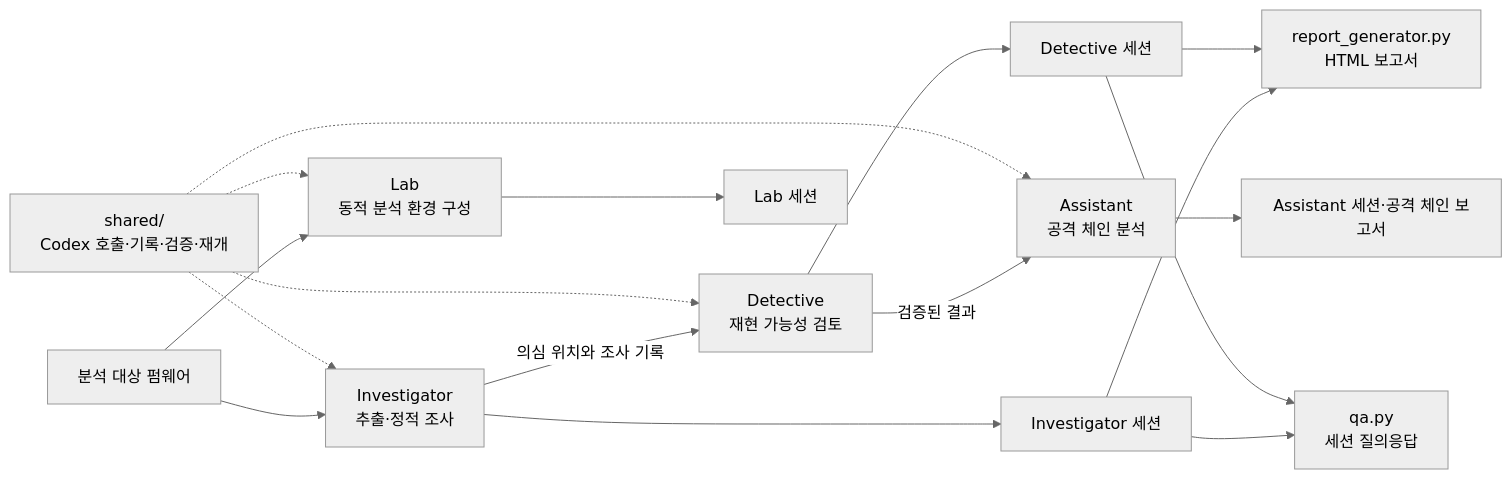
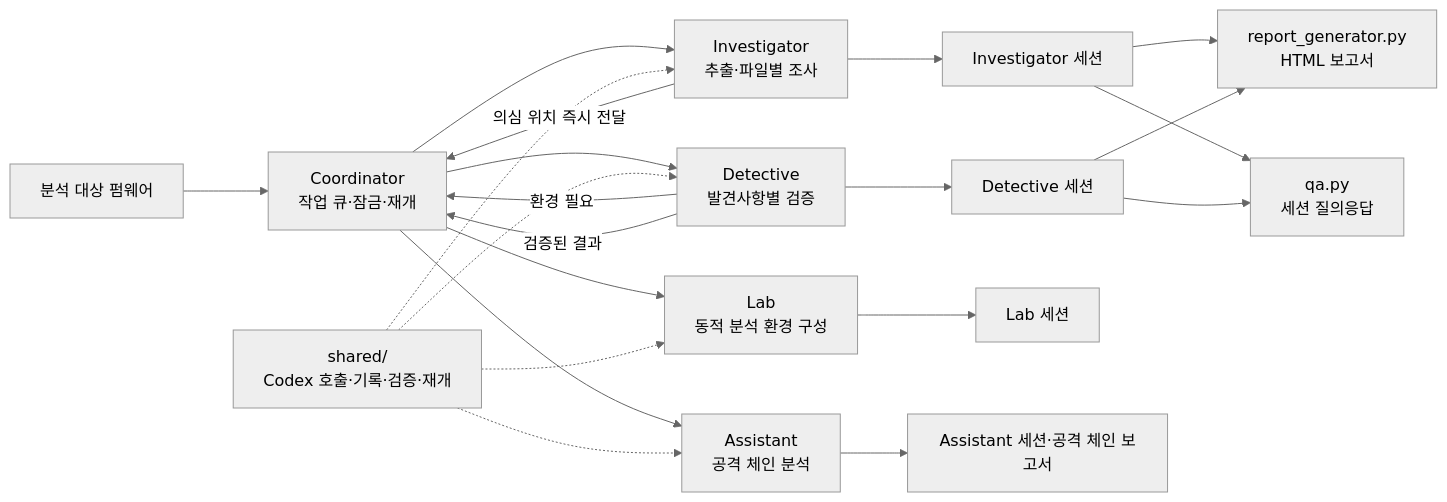
The first of 2 diagrams in README.md (gl4sss/FBI), drawn with Mermaid (neutral theme) before and after one commit. The commit also changed other lines of this file and 25 other files, not shown here.

````diff
--- a/README.md
+++ b/README.md
@@ -21,19 +22,23 @@
 ```mermaid
 flowchart LR
-    FW["분석 대상 펌웨어"] --> INV["Investigator<br/>추출·정적 조사"]
-    FW --> LAB["Lab<br/>동적 분석 환경 구성"]
-    INV -->|"의심 위치와 조사 기록"| DET["Detective<br/>재현 가능성 검토"]
-    DET -->|"검증된 결과"| AST["Assistant<br/>공격 체인 분석"]
+    FW["분석 대상 펌웨어"] --> CO["Coordinator<br/>작업 큐·잠금·재개"]
+    CO --> INV["Investigator<br/>추출·파일별 조사"]
+    INV -->|"의심 위치 즉시 전달"| CO
+    CO --> DET["Detective<br/>발견사항별 검증"]
+    DET -->|"환경 필요"| CO
+    CO --> LAB["Lab<br/>동적 분석 환경 구성"]
+    DET -->|"검증된 결과"| CO
+    CO --> AST["Assistant<br/>공격 체인 분석"]
     INV --> IR["Investigator 세션"]
     DET --> DR["Detective 세션"]
     LAB --> LR["Lab 세션"]
     AST --> AR["Assistant 세션·공격 체인 보고서"]
     IR --> REP["report_generator.py<br/>HTML 보고서"]
     DR --> REP
     IR --> QA["qa.py<br/>세션 질의응답"]
     DR --> QA
     SH["shared/<br/>Codex 호출·기록·검증·재개"] -.-> INV
     SH -.-> DET
     SH -.-> LAB
     SH -.-> AST
 ```
````
